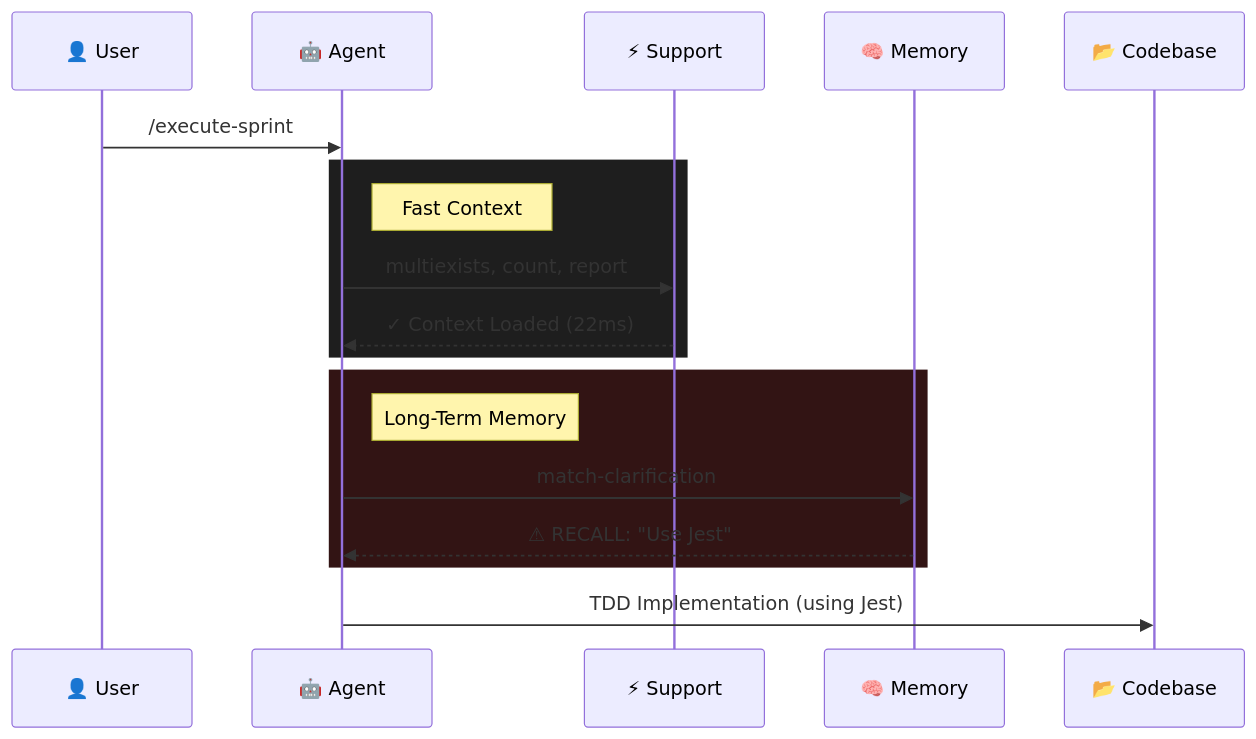
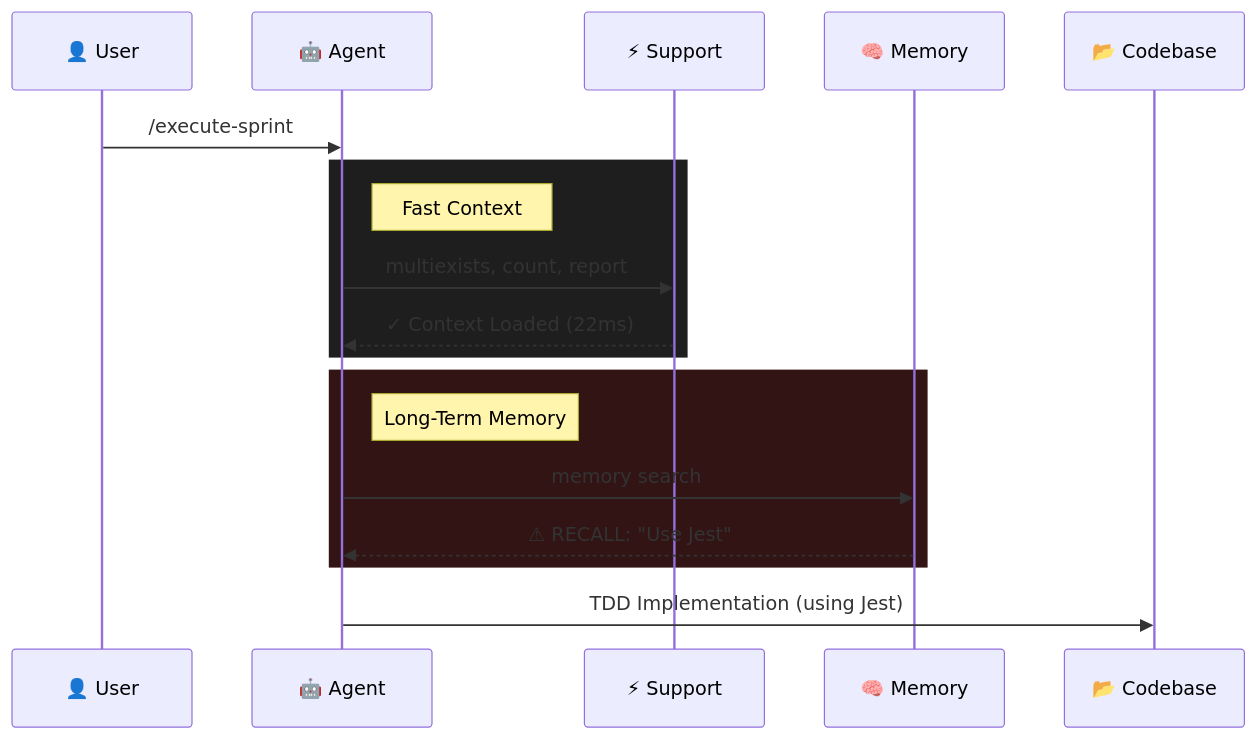
One commit to samestrin/llm-tools changed the diagram in README.md. Above: the diagram before and after it, drawn with Mermaid. The commit also changed other lines of this file and 74 other files, not shown here.

First line of the commit message:
Remove llm-clarification, superseded by llm-semantic memory (#69)

````diff
--- a/README.md
+++ b/README.md
@@ -188,24 +186,24 @@
 ```mermaid
 sequenceDiagram
     participant U as 👤 User
     participant A as 🤖 Agent
     participant S as ⚡ Support
     participant M as 🧠 Memory
     participant C as 📂 Codebase
 
     U->>A: /execute-sprint
     
     rect rgb(30, 30, 30)
         note right of A: Fast Context
         A->>S: multiexists, count, report
         S-->>A: ✓ Context Loaded (22ms)
     end
     
     rect rgb(50, 20, 20)
         note right of A: Long-Term Memory
-        A->>M: match-clarification
+        A->>M: memory search
         M-->>A: ⚠ RECALL: "Use Jest"
     end
 
     A->>C: TDD Implementation (using Jest)
 ```
````
